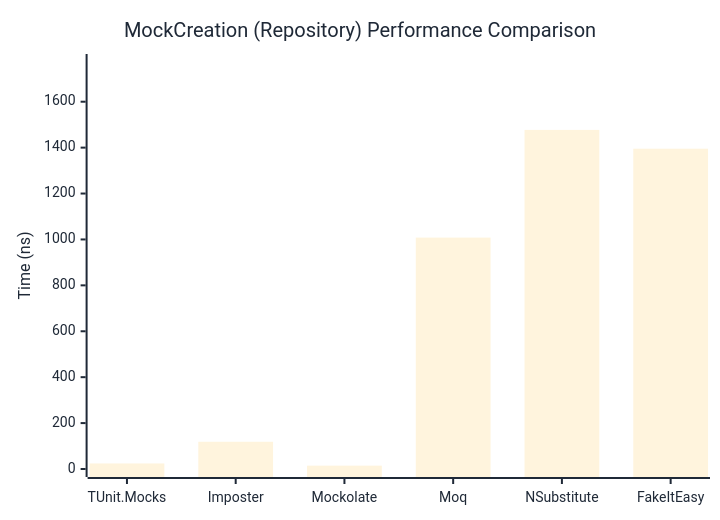
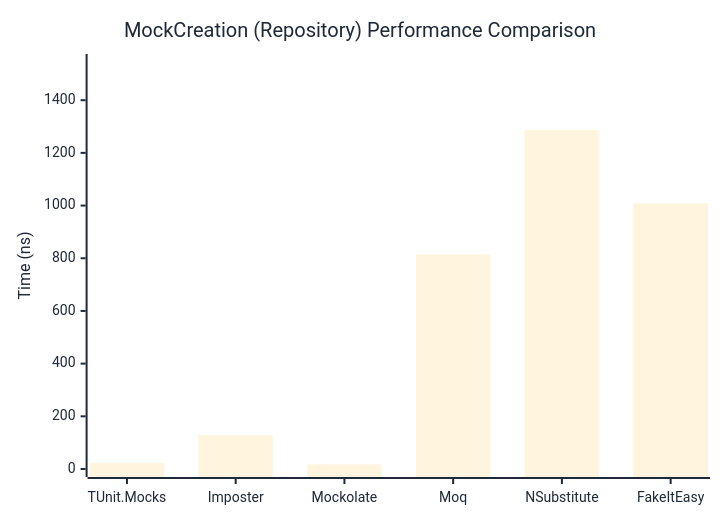
One commit to thomhurst/TUnit changed the second of 2 diagrams in docs/docs/benchmarks/mocks/MockCreation.md. Above: the diagram before and after it, drawn with Mermaid. The commit also changed other lines of this file and 14 other files, not shown here.

````diff
--- a/docs/docs/benchmarks/mocks/MockCreation.md
+++ b/docs/docs/benchmarks/mocks/MockCreation.md
@@ -71,27 +71,27 @@
 ```mermaid
 %%{init: {
   'theme':'base',
   'themeVariables': {
     'primaryColor': '#2563eb',
     'primaryTextColor': '#1f2937',
     'primaryBorderColor': '#1e40af',
     'lineColor': '#6b7280',
     'secondaryColor': '#7c3aed',
     'tertiaryColor': '#dc2626',
     'background': '#ffffff',
     'pie1': '#2563eb',
     'pie2': '#7c3aed',
     'pie3': '#dc2626',
     'pie4': '#f59e0b',
     'pie5': '#10b981',
     'pie6': '#06b6d4',
     'pie7': '#ec4899',
     'pie8': '#6366f1'
   }
 }}%%
 xychart-beta
   title "MockCreation (Repository) Performance Comparison"
   x-axis ["TUnit.Mocks", "Imposter", "Mockolate", "Moq", "NSubstitute", "FakeItEasy"]
-  y-axis "Time (ns)" 0 --> 1773
-  bar [24.18, 118.65, 14.59, 1008.08, 1477.13, 1395.24]
+  y-axis "Time (ns)" 0 --> 1545
+  bar [22.56, 128.93, 17.3, 814.26, 1287.4, 1008.98]
 ```
````
